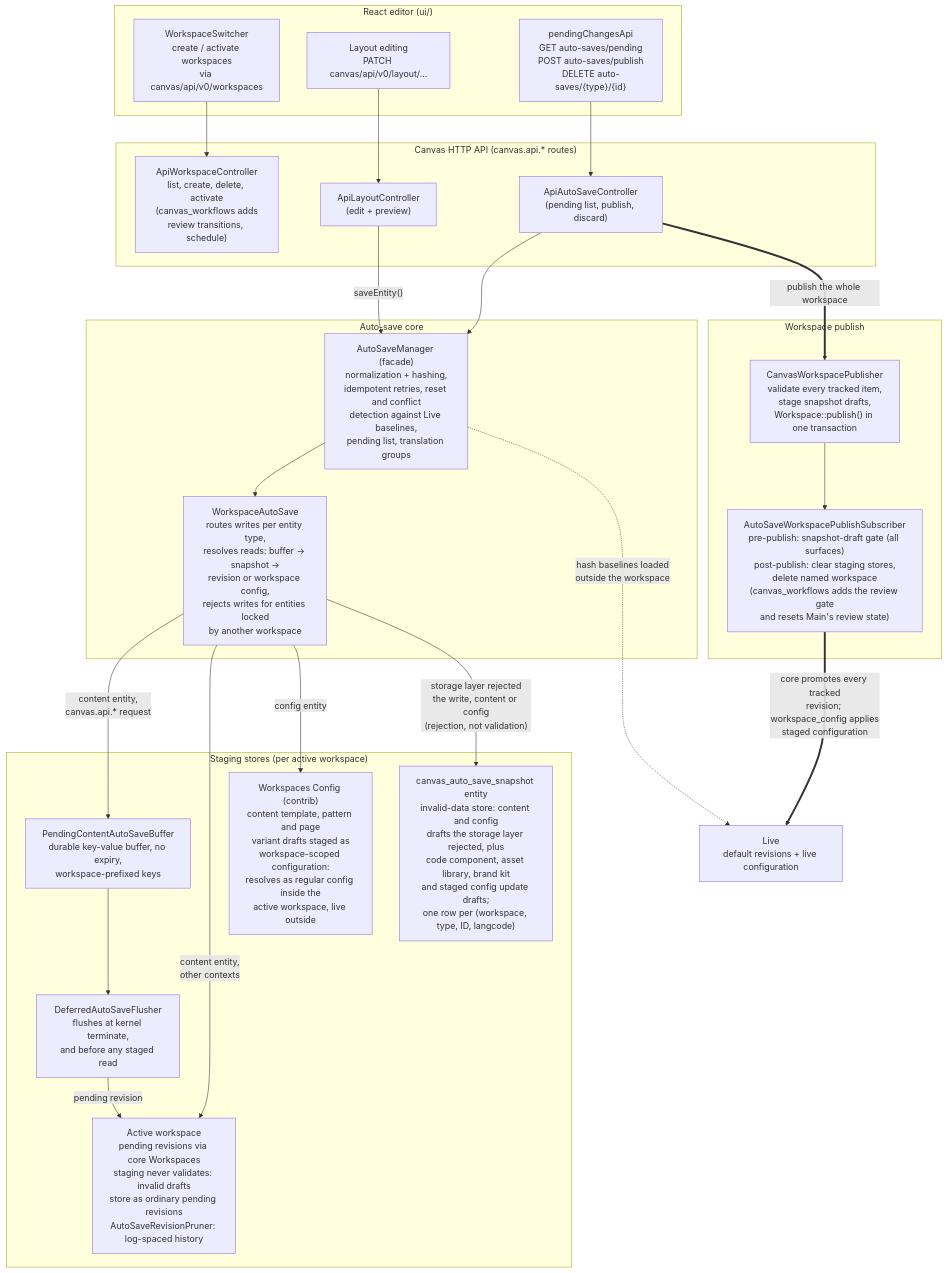
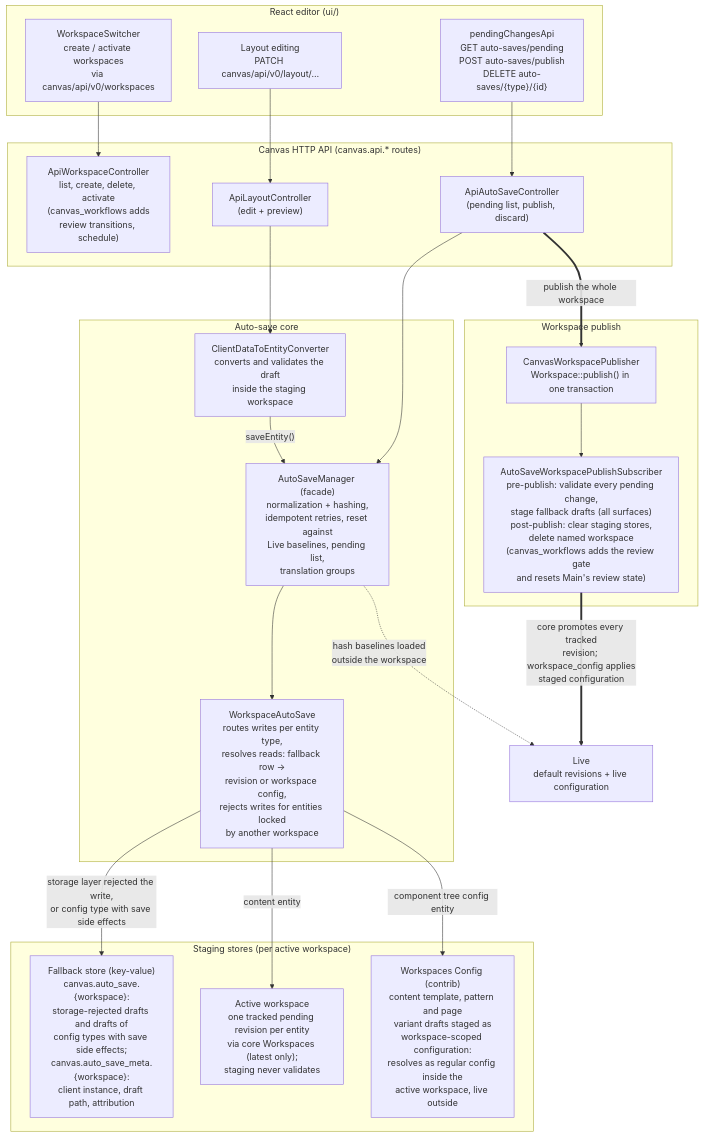
One commit to tedbow/canvas-lauriii changed the diagram in docs/diagrams/workspace-autosave.md. Above: the diagram before and after it, drawn with Mermaid. The commit also changed other lines of this file and 2 other files, not shown here.

Commit message:
🤖 Describe the simplified staging model in ADR 0017, the auto-save diagram and the review's implementation notes

````diff
--- a/docs/diagrams/workspace-autosave.md
+++ b/docs/diagrams/workspace-autosave.md
@@ -31,51 +34,48 @@
 ```mermaid
 flowchart TB
     subgraph UI["React editor (ui/)"]
         switcher["WorkspaceSwitcher<br>create / activate workspaces<br>via canvas/api/v0/workspaces"]
         layoutApi["Layout editing<br>PATCH canvas/api/v0/layout/…"]
         pendingApi["pendingChangesApi<br>GET auto-saves/pending<br>POST auto-saves/publish<br>DELETE auto-saves/{type}/{id}"]
     end
 
     subgraph HTTP["Canvas HTTP API (canvas.api.* routes)"]
         wsCtl["ApiWorkspaceController<br>list, create, delete, activate<br>(canvas_workflows adds<br>review transitions, schedule)"]
         layoutCtl["ApiLayoutController<br>(edit + preview)"]
         autoSaveCtl["ApiAutoSaveController<br>(pending list, publish, discard)"]
     end
 
     subgraph Core["Auto-save core"]
-        asm["AutoSaveManager (facade)<br>normalization + hashing,<br>idempotent retries, reset and conflict<br>detection against Live baselines,<br>pending list, translation groups"]
-        wsa["WorkspaceAutoSave<br>routes writes per entity type,<br>resolves reads: buffer → snapshot →<br>revision or workspace config,<br>rejects writes for entities locked<br>by another workspace"]
+        converter["ClientDataToEntityConverter<br>converts and validates the draft<br>inside the staging workspace"]
+        asm["AutoSaveManager (facade)<br>normalization + hashing,<br>idempotent retries, reset against<br>Live baselines, pending list,<br>translation groups"]
+        wsa["WorkspaceAutoSave<br>routes writes per entity type,<br>resolves reads: fallback row →<br>revision or workspace config,<br>rejects writes for entities locked<br>by another workspace"]
     end
 
     subgraph Staging["Staging stores (per active workspace)"]
-        buffer["PendingContentAutoSaveBuffer<br>durable key-value buffer, no expiry,<br>workspace-prefixed keys"]
-        flusher["DeferredAutoSaveFlusher<br>flushes at kernel terminate,<br>and before any staged read"]
-        snapshot["canvas_auto_save_snapshot entity<br>invalid-data store: content and config<br>drafts the storage layer rejected, plus<br>code component, asset library, brand kit<br>and staged config update drafts;<br>one row per (workspace, type, ID, langcode)"]
-        ws["Active workspace<br>pending revisions via core Workspaces<br>staging never validates: invalid drafts<br>store as ordinary pending revisions<br>AutoSaveRevisionPruner: log-spaced history"]
+        fallback["Fallback store (key-value)<br>canvas.auto_save.{workspace}:<br>storage-rejected drafts and drafts of<br>config types with save side effects;<br>canvas.auto_save_meta.{workspace}:<br>client instance, draft path, attribution"]
+        ws["Active workspace<br>one tracked pending revision per entity<br>via core Workspaces (latest only);<br>staging never validates"]
         wsconfig["Workspaces Config (contrib)<br>content template, pattern and page<br>variant drafts staged as<br>workspace-scoped configuration:<br>resolves as regular config inside the<br>active workspace, live outside"]
     end
 
     subgraph Publish["Workspace publish"]
-        publisher["CanvasWorkspacePublisher<br>validate every tracked item,<br>stage snapshot drafts,<br>Workspace::publish() in one transaction"]
-        gate["AutoSaveWorkspacePublishSubscriber<br>pre-publish: snapshot-draft gate (all surfaces)<br>post-publish: clear staging stores,<br>delete named workspace<br>(canvas_workflows adds the review gate<br>and resets Main's review state)"]
+        publisher["CanvasWorkspacePublisher<br>Workspace::publish() in one transaction"]
+        gate["AutoSaveWorkspacePublishSubscriber<br>pre-publish: validate every pending change,<br>stage fallback drafts (all surfaces)<br>post-publish: clear staging stores,<br>delete named workspace<br>(canvas_workflows adds the review gate<br>and resets Main's review state)"]
     end
 
     live["Live<br>default revisions + live configuration"]
 
     switcher --> wsCtl
     layoutApi --> layoutCtl
     pendingApi --> autoSaveCtl
-    layoutCtl -- "saveEntity()" --> asm
+    layoutCtl --> converter
+    converter -- "saveEntity()" --> asm
     autoSaveCtl --> asm
     asm --> wsa
-    wsa -- "content entity,<br>canvas.api.* request" --> buffer
-    buffer --> flusher
-    flusher -- "pending revision" --> ws
-    wsa -- "content entity,<br>other contexts" --> ws
-    wsa -- "config entity" --> wsconfig
-    wsa -- "storage layer rejected<br>the write, content or config<br>(rejection, not validation)" --> snapshot
+    wsa -- "content entity" --> ws
+    wsa -- "component tree config entity" --> wsconfig
+    wsa -- "storage layer rejected the write,<br>or config type with save side effects" --> fallback
     autoSaveCtl == "publish the whole workspace" ==> publisher
     publisher --> gate
     gate == "core promotes every tracked<br>revision; workspace_config applies<br>staged configuration" ==> live
     asm -. "hash baselines loaded<br>outside the workspace" .-> live
 ```
````
